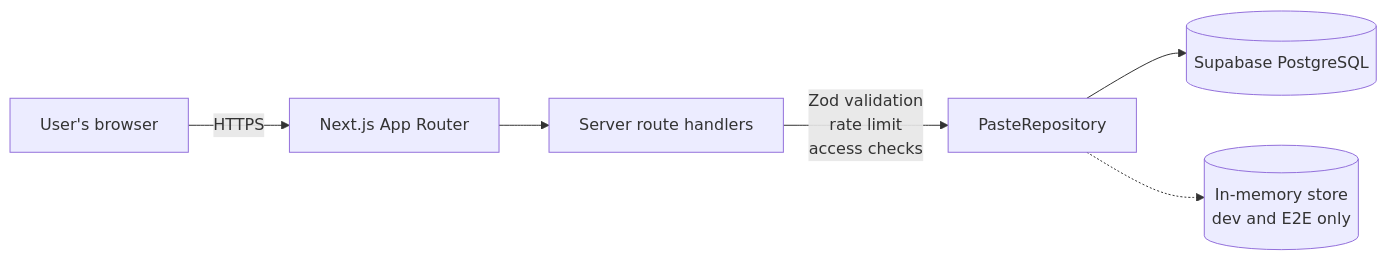
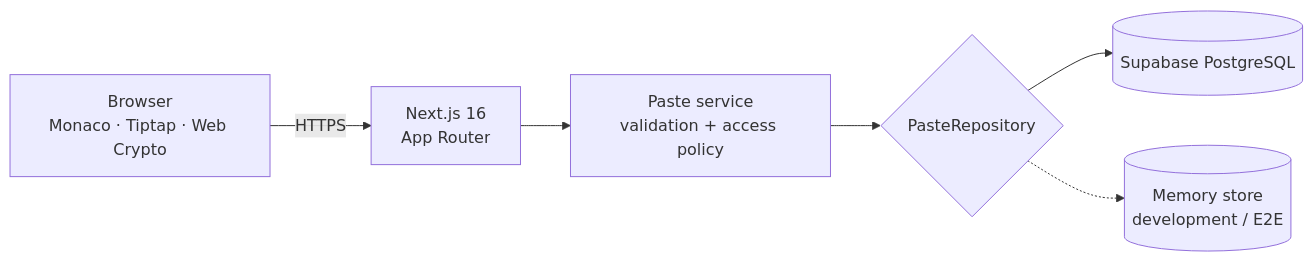
The diagram in README.md (hamshamb/TinyPaste), drawn with Mermaid before and after one commit. The commit also changed other lines of this file and 11 other files, not shown here.

````diff
--- a/README.md
+++ b/README.md
@@ -46,15 +100,15 @@
 ```mermaid
 flowchart LR
-    U[User's browser]
-    N[Next.js App Router]
-    A[Server route handlers]
-    R[PasteRepository]
-    D[(Supabase PostgreSQL)]
-    M[(In-memory store<br/>dev and E2E only)]
+    B[Browser<br/>Monaco · Tiptap · Web Crypto]
+    N[Next.js 16<br/>App Router]
+    S[Paste service<br/>validation + access policy]
+    R{PasteRepository}
+    P[(Supabase PostgreSQL)]
+    M[(Memory store<br/>development / E2E)]
 
-    U -->|HTTPS| N
-    N --> A
-    A -->|Zod validation<br/>rate limit<br/>access checks| R
-    R --> D
+    B -->|HTTPS| N
+    N --> S
+    S --> R
+    R --> P
     R -.-> M
 ```
````
